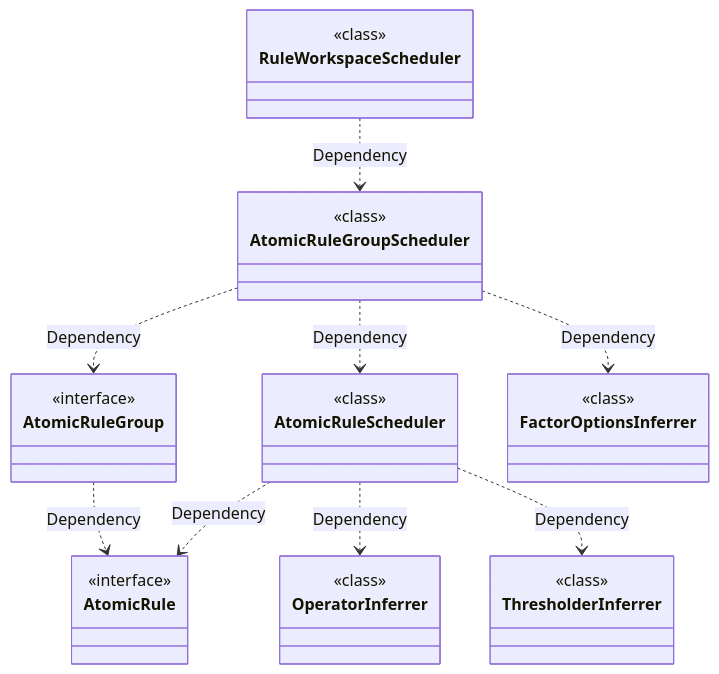
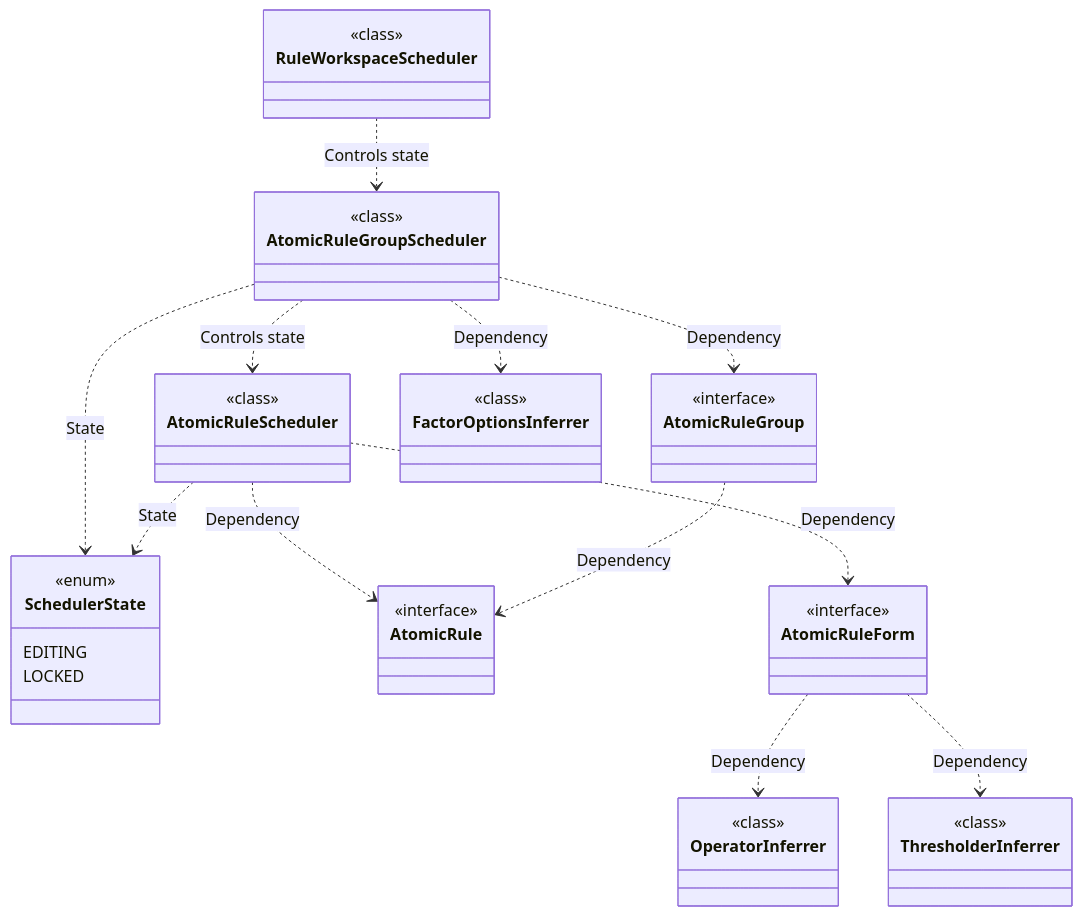
One commit to huang-xiao-jian/themis changed the fifth of 5 diagrams in specs/core/spec.md. Above: the diagram before and after it, drawn with Mermaid. The commit also changed other lines of this file, not shown here.

First line of the commit message:
docs(core): redesign scheduler with state control and form extraction

````diff
--- a/specs/core/spec.md
+++ b/specs/core/spec.md
@@ -555,46 +730,60 @@
 ```mermaid
 classDiagram
+  class SchedulerState {
+    <<enum>>
+    EDITING
+    LOCKED
+  }
+
   class AtomicRule {
     <<interface>>
   }
 
   class AtomicRuleGroup {
     <<interface>>
   }
 
   class AtomicRuleGroupScheduler {
     <<class>>
   }
 
   class AtomicRuleScheduler {
     <<class>>
+  }
+
+  class AtomicRuleForm {
+    <<interface>>
   }
 
   class OperatorInferrer {
     <<class>>
   }
 
   class ThresholderInferrer {
     <<class>>
   }
 
   class FactorOptionsInferrer {
     <<class>>
   }
 
   class RuleWorkspaceScheduler {
     <<class>>
   }
 
+  AtomicRuleScheduler ..> SchedulerState : State
+  AtomicRuleGroupScheduler ..> SchedulerState : State
+  AtomicRuleScheduler ..> AtomicRuleForm : Dependency
+
   AtomicRuleGroup ..> AtomicRule : Dependency
 
   AtomicRuleScheduler ..> AtomicRule : Dependency
-  AtomicRuleScheduler ..> OperatorInferrer : Dependency
-  AtomicRuleScheduler ..> ThresholderInferrer : Dependency
+  AtomicRuleForm ..> OperatorInferrer : Dependency
+  AtomicRuleForm ..> ThresholderInferrer : Dependency
 
   AtomicRuleGroupScheduler ..> AtomicRuleGroup : Dependency
-  AtomicRuleGroupScheduler ..> AtomicRuleScheduler : Dependency
+  AtomicRuleGroupScheduler ..> AtomicRuleScheduler : Controls state
   AtomicRuleGroupScheduler ..> FactorOptionsInferrer : Dependency
 
-  RuleWorkspaceScheduler ..> AtomicRuleGroupScheduler : Dependency
+  RuleWorkspaceScheduler ..> AtomicRuleGroupScheduler : Controls state
 ```
````
